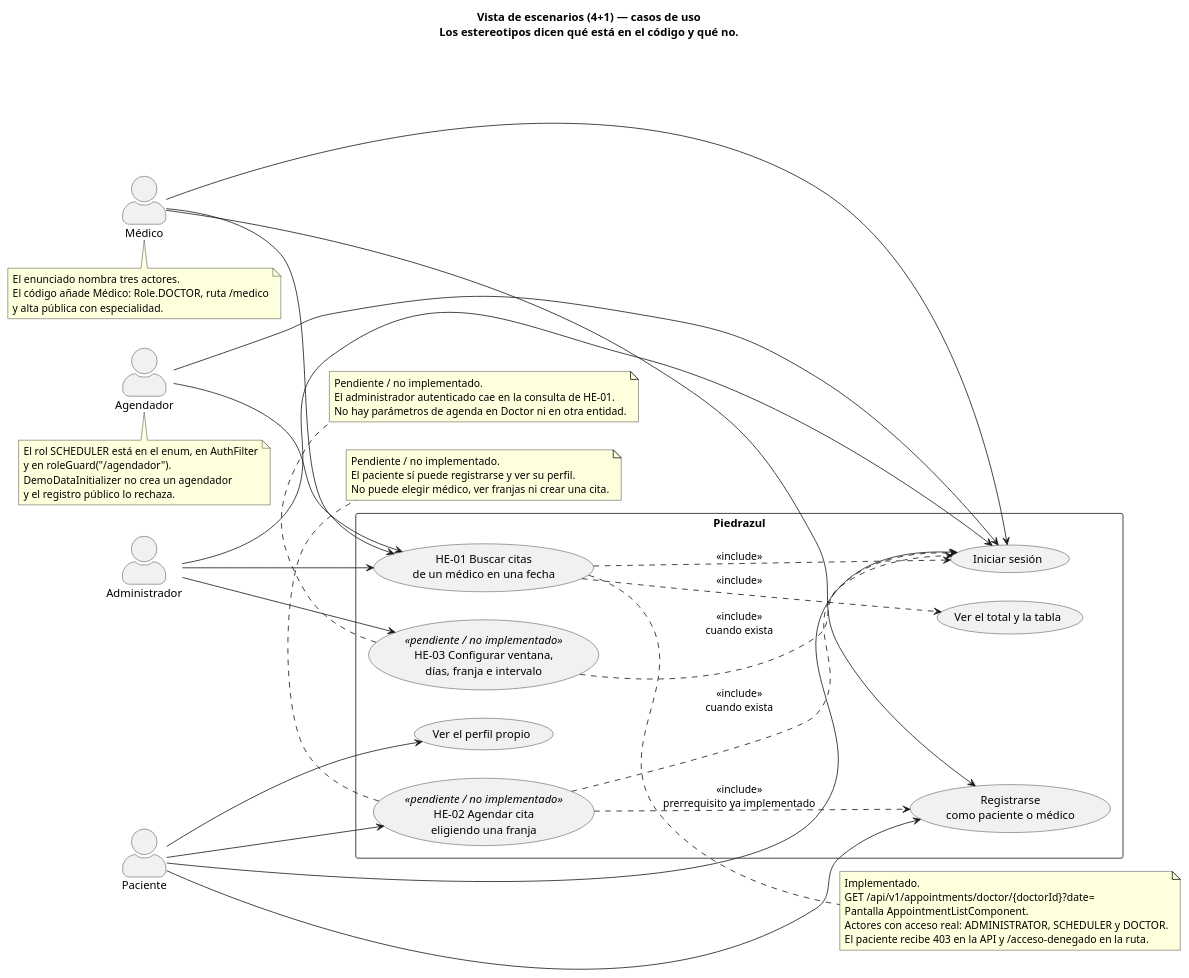
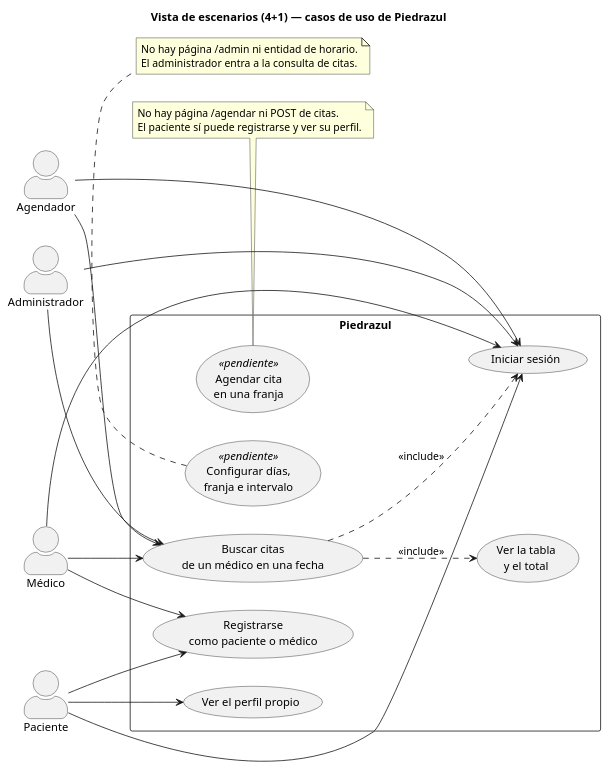
Before and after one commit to IikanBonilla/Piedrazul_System-Modular-Monolith: the diagram in docs/architecture/vistas-4+1/vista-escenarios.puml, drawn with PlantUML. The commit also changed 11 other files, not shown here.

First line of the commit message:
Completa las cinco vistas 4+1 con el codigo real de Piedrazul.

```diff
--- a/docs/architecture/vistas-4+1/vista-escenarios.puml
+++ b/docs/architecture/vistas-4+1/vista-escenarios.puml
@@ -1,77 +1,46 @@
 @startuml vista-escenarios
 left to right direction
 skinparam packageStyle rectangle
 skinparam actorStyle awesome
-title Vista de escenarios (4+1) — casos de uso\nLos estereotipos dicen qué está en el código y qué no.
+title Vista de escenarios (4+1) — casos de uso de Piedrazul
 
 actor "Agendador" as Scheduler
-actor "Paciente" as Patient
 actor "Administrador" as Admin
 actor "Médico" as Doctor
+actor "Paciente" as Patient
 
 rectangle "Piedrazul" {
   usecase "Iniciar sesión" as Login
   usecase "Registrarse\ncomo paciente o médico" as Register
-  usecase "HE-01 Buscar citas\nde un médico en una fecha" as HE01
-  usecase "Ver el total y la tabla" as List
+  usecase "Buscar citas\nde un médico en una fecha" as HE01
+  usecase "Ver la tabla\ny el total" as List
   usecase "Ver el perfil propio" as Profile
-  usecase "HE-02 Agendar cita\neligiendo una franja" as HE02 <<pendiente / no implementado>>
-  usecase "HE-03 Configurar ventana,\ndías, franja e intervalo" as HE03 <<pendiente / no implementado>>
+  usecase "Agendar cita\nen una franja" as HE02 <<pendiente>>
+  usecase "Configurar días,\nfranja e intervalo" as HE03 <<pendiente>>
 }
 
 Scheduler --> Login
 Scheduler --> HE01
-
 Admin --> Login
 Admin --> HE01
-Admin --> HE03
-
+Doctor --> Register
 Doctor --> Login
-Doctor --> Register
 Doctor --> HE01
-
+Patient --> Register
 Patient --> Login
-Patient --> Register
 Patient --> Profile
-Patient --> HE02
 
 HE01 ..> Login : <<include>>
 HE01 ..> List : <<include>>
-HE02 ..> Login : <<include>>\ncuando exista
-HE02 ..> Register : <<include>>\nprerrequisito ya implementado
-HE03 ..> Login : <<include>>\ncuando exista
-
-note right of HE01
-  Implementado.
-  GET /api/v1/appointments/doctor/{doctorId}?date=
-  Pantalla AppointmentListComponent.
-  Actores con acceso real: ADMINISTRATOR, SCHEDULER y DOCTOR.
-  El paciente recibe 403 en la API y /acceso-denegado en la ruta.
-end note
 
 note bottom of HE02
-  Pendiente / no implementado.
+  No hay página /agendar ni POST de citas.
   El paciente sí puede registrarse y ver su perfil.
-  No puede elegir médico, ver franjas ni crear una cita.
 end note
 
 note bottom of HE03
-  Pendiente / no implementado.
-  El administrador autenticado cae en la consulta de HE-01.
-  No hay parámetros de agenda en Doctor ni en otra entidad.
-end note
-
-note bottom of Scheduler
-  El rol SCHEDULER está en el enum, en AuthFilter
-  y en roleGuard("/agendador").
-  DemoDataInitializer no crea un agendador
-  y el registro público lo rechaza.
-end note
-
-note bottom of Doctor
-  El enunciado nombra tres actores.
-  El código añade Médico: Role.DOCTOR, ruta /medico
-  y alta pública con especialidad.
+  No hay página /admin ni entidad de horario.
+  El administrador entra a la consulta de citas.
 end note
 
 @enduml
```
